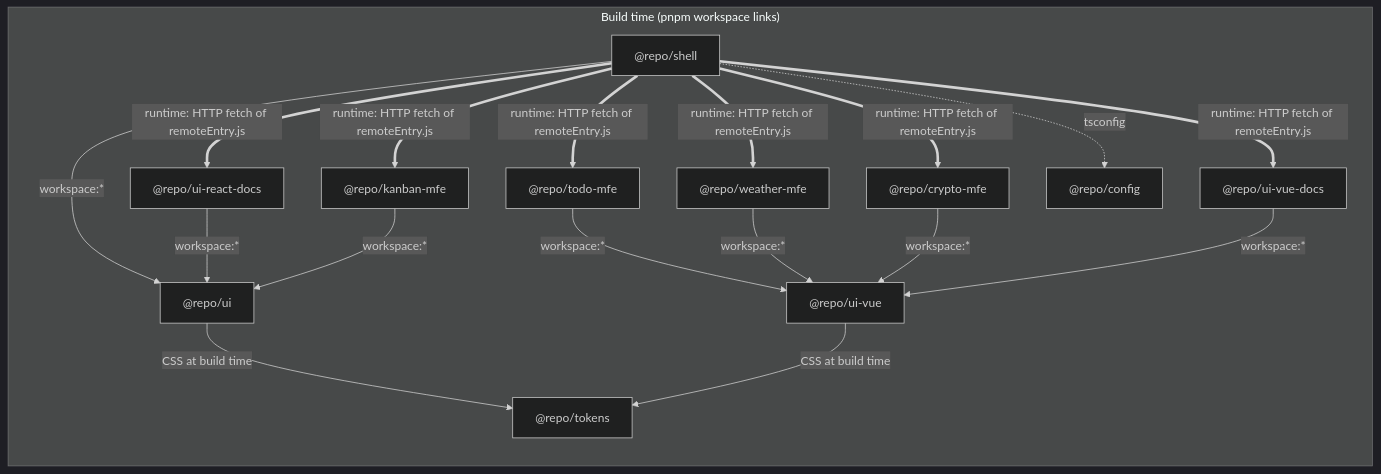
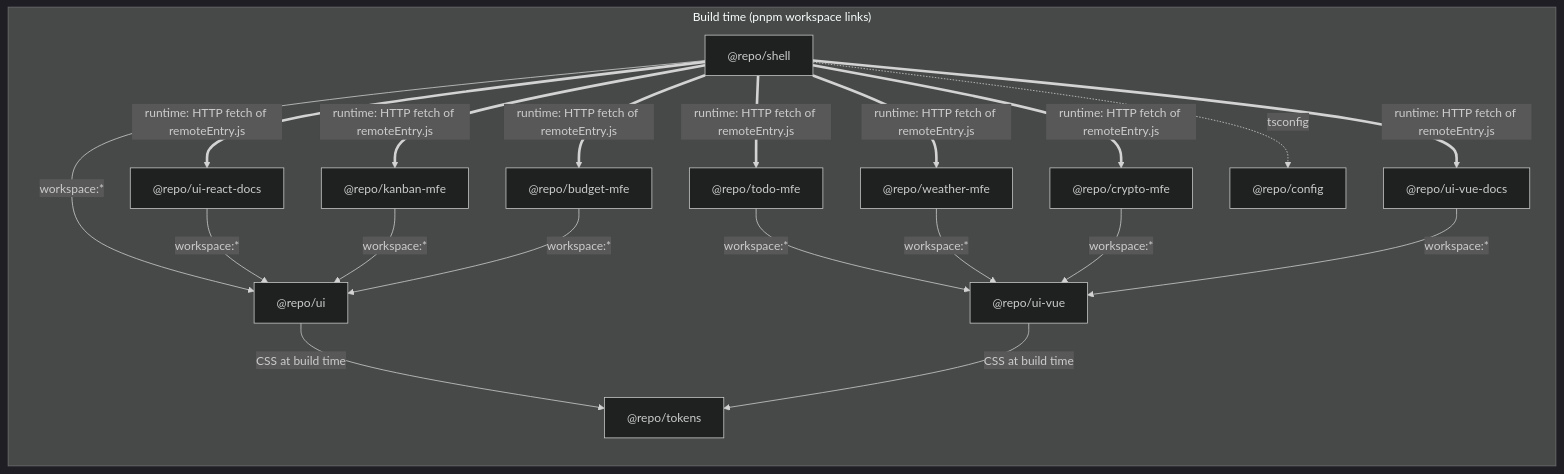
Before and after one commit to themis1986/hybrid-mfe-lab: the first of 2 diagrams in documents/how-it-works.md, drawn with Mermaid (dark theme). The commit also changed other lines of this file and 9 other files, not shown here.

First line of the commit message:
docs(budget-app): document the budget remote, and polish its states

````diff
--- a/documents/how-it-works.md
+++ b/documents/how-it-works.md
@@ -39,21 +40,23 @@
 ```mermaid
 graph LR
   subgraph "Build time (pnpm workspace links)"
     shell["@repo/shell"] -- "workspace:*" --> ui["@repo/ui"]
     mfe["@repo/todo-mfe"] -- "workspace:*" --> uivue["@repo/ui-vue"]
     weather["@repo/weather-mfe"] -- "workspace:*" --> uivue
     crypto["@repo/crypto-mfe"] -- "workspace:*" --> uivue
     docs["@repo/ui-vue-docs"] -- "workspace:*" --> uivue
     rdocs["@repo/ui-react-docs"] -- "workspace:*" --> ui
     kanban["@repo/kanban-mfe"] -- "workspace:*" --> ui
+    budget["@repo/budget-mfe"] -- "workspace:*" --> ui
     ui -- "CSS at build time" --> tokens["@repo/tokens"]
     uivue -- "CSS at build time" --> tokens
     shell -. tsconfig .-> config["@repo/config"]
   end
   shell == "runtime: HTTP fetch of remoteEntry.js" ==> mfe
   shell == "runtime: HTTP fetch of remoteEntry.js" ==> weather
   shell == "runtime: HTTP fetch of remoteEntry.js" ==> crypto
   shell == "runtime: HTTP fetch of remoteEntry.js" ==> docs
   shell == "runtime: HTTP fetch of remoteEntry.js" ==> rdocs
   shell == "runtime: HTTP fetch of remoteEntry.js" ==> kanban
+  shell == "runtime: HTTP fetch of remoteEntry.js" ==> budget
 ```
````
